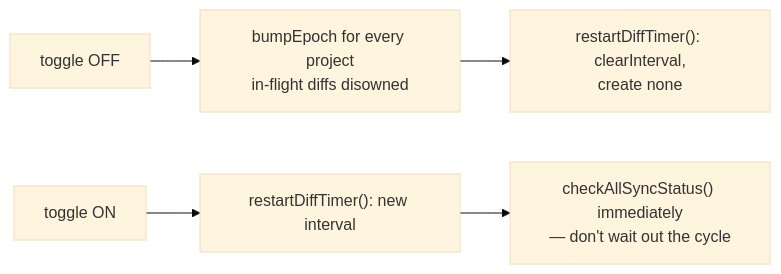
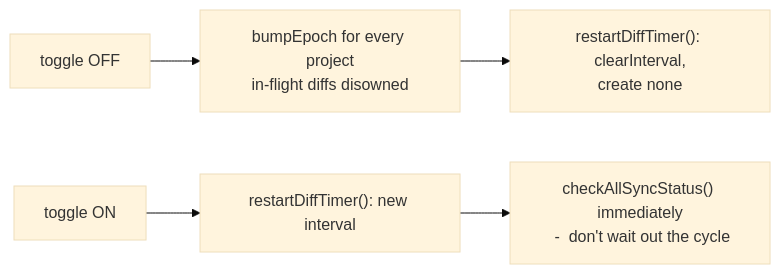
One commit to lacvietanh/aki-dev-sync changed the third of 3 diagrams in docs/arch/refresh-controller.md. Above: the diagram before and after it, drawn with Mermaid (base theme). The commit also changed other lines of this file and 36 other files, not shown here.

Commit message:
docs(ref): add multi-instance AGY CLI discovery research and update architecture docs

````diff
--- a/docs/arch/refresh-controller.md
+++ b/docs/arch/refresh-controller.md
@@ -147,7 +147,7 @@
 ```mermaid
 flowchart LR
     OFF["toggle OFF"] --> B1["bumpEpoch for every project<br/>in-flight diffs disowned"]
     B1 --> B2["restartDiffTimer(): clearInterval,<br/>create none"]
     ON["toggle ON"] --> C1["restartDiffTimer(): new interval"]
-    C1 --> C2["checkAllSyncStatus() immediately<br/>— don't wait out the cycle"]
+    C1 --> C2["checkAllSyncStatus() immediately<br/> -  don't wait out the cycle"]
 ```
````
